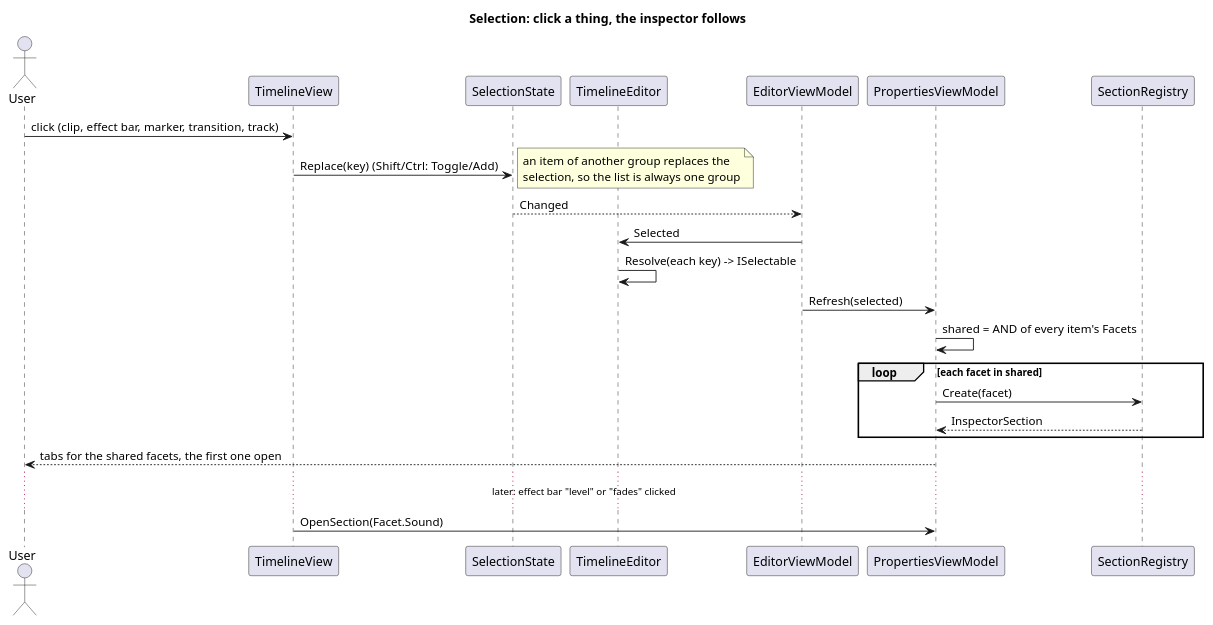
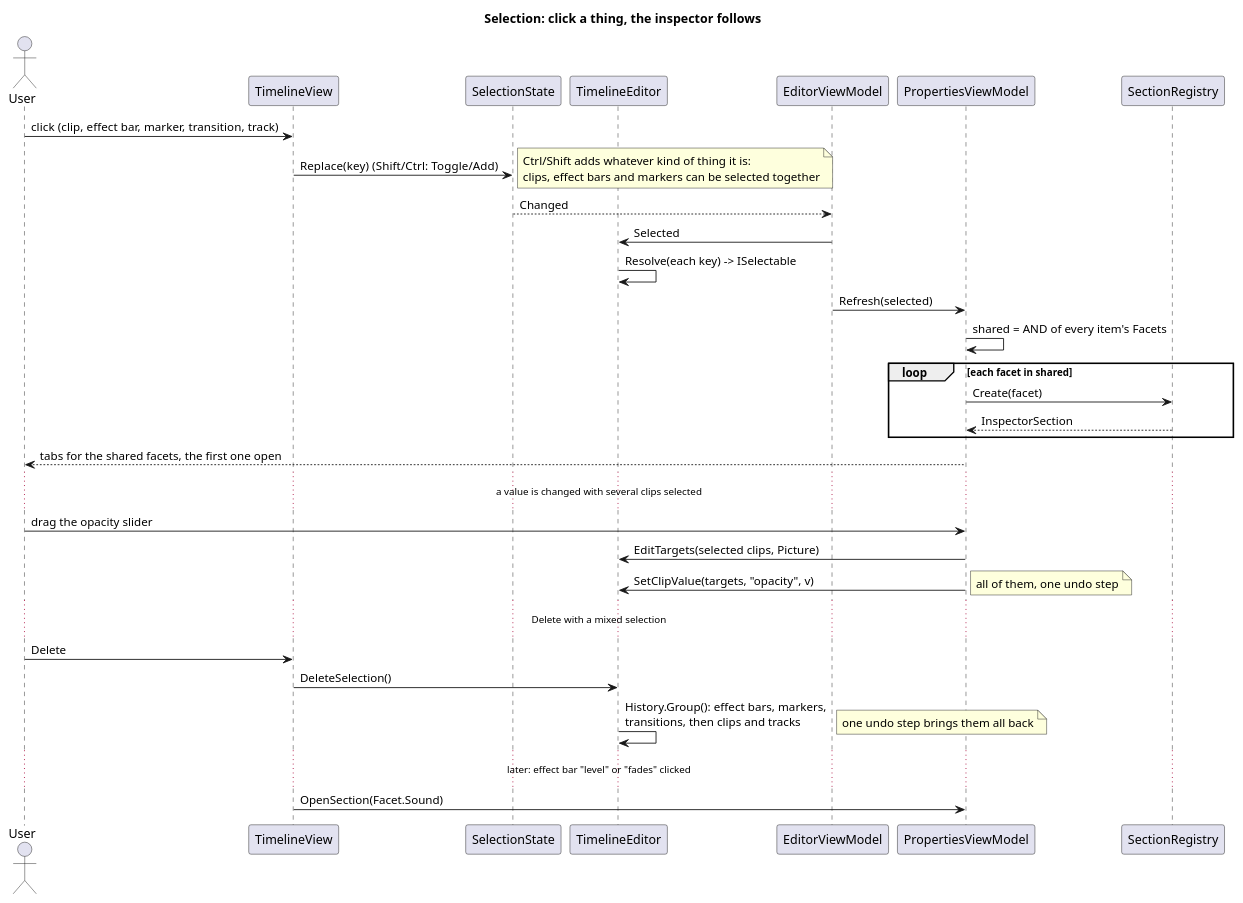
Before and after one commit to Die-Banane/Fig: the diagram in uml/domain/selection-sequence.puml, drawn with PlantUML. The commit also changed 85 other files, not shown here.

```diff
--- a/uml/domain/selection-sequence.puml
+++ b/uml/domain/selection-sequence.puml
@@ -1,28 +1,40 @@
 @startuml
 title Selection: click a thing, the inspector follows
 
 actor User
 participant TimelineView
 participant SelectionState
 participant TimelineEditor
 participant EditorViewModel
 participant PropertiesViewModel
 participant SectionRegistry
 
 User -> TimelineView : click (clip, effect bar, marker, transition, track)
 TimelineView -> SelectionState : Replace(key)  (Shift/Ctrl: Toggle/Add)
-note right: an item of another group replaces the\nselection, so the list is always one group
+note right: Ctrl/Shift adds whatever kind of thing it is:\nclips, effect bars and markers can be selected together
 SelectionState --> EditorViewModel : Changed
 EditorViewModel -> TimelineEditor : Selected
 TimelineEditor -> TimelineEditor : Resolve(each key) -> ISelectable
 EditorViewModel -> PropertiesViewModel : Refresh(selected)
 PropertiesViewModel -> PropertiesViewModel : shared = AND of every item's Facets
 loop each facet in shared
   PropertiesViewModel -> SectionRegistry : Create(facet)
   SectionRegistry --> PropertiesViewModel : InspectorSection
 end
 PropertiesViewModel --> User : tabs for the shared facets, the first one open
 
+... a value is changed with several clips selected ...
+User -> PropertiesViewModel : drag the opacity slider
+PropertiesViewModel -> TimelineEditor : EditTargets(selected clips, Picture)
+PropertiesViewModel -> TimelineEditor : SetClipValue(targets, "opacity", v)
+note right: all of them, one undo step
+
+... Delete with a mixed selection ...
+User -> TimelineView : Delete
+TimelineView -> TimelineEditor : DeleteSelection()
+TimelineEditor -> TimelineEditor : History.Group(): effect bars, markers,\ntransitions, then clips and tracks
+note right: one undo step brings them all back
+
 ... later: effect bar "level" or "fades" clicked ...
 TimelineView -> PropertiesViewModel : OpenSection(Facet.Sound)
 @enduml
```
